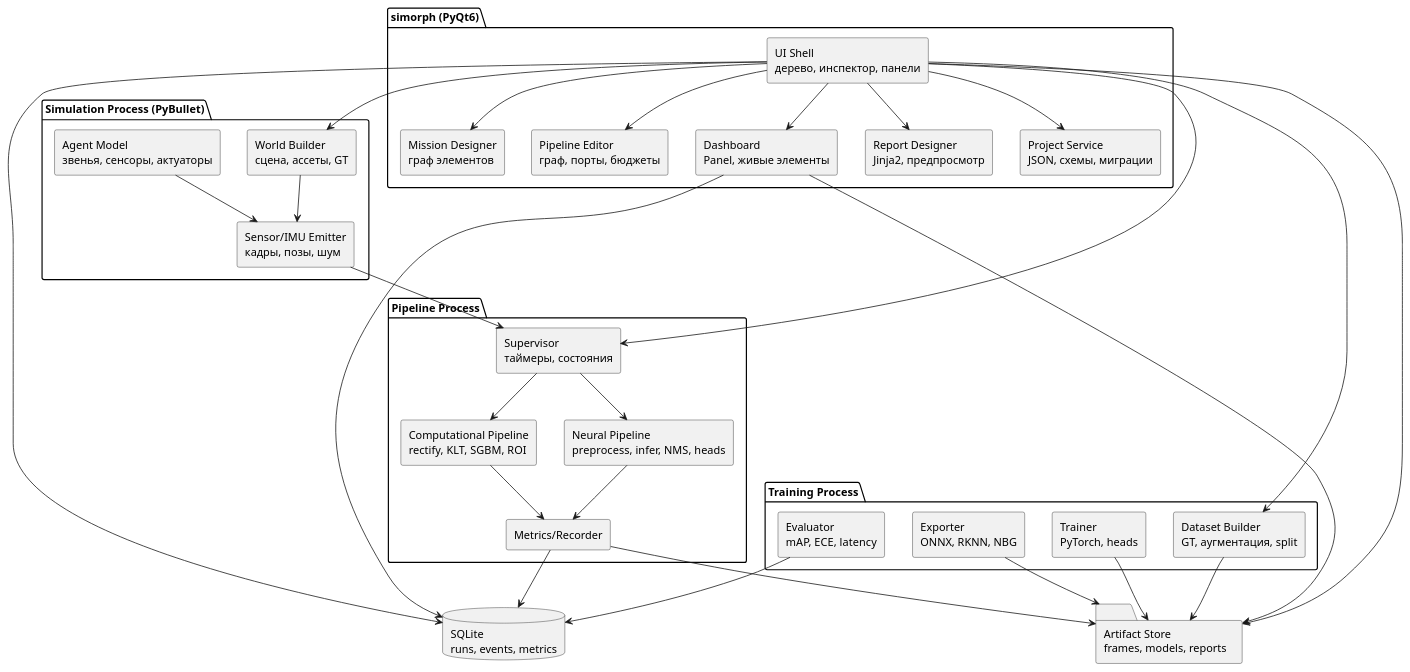
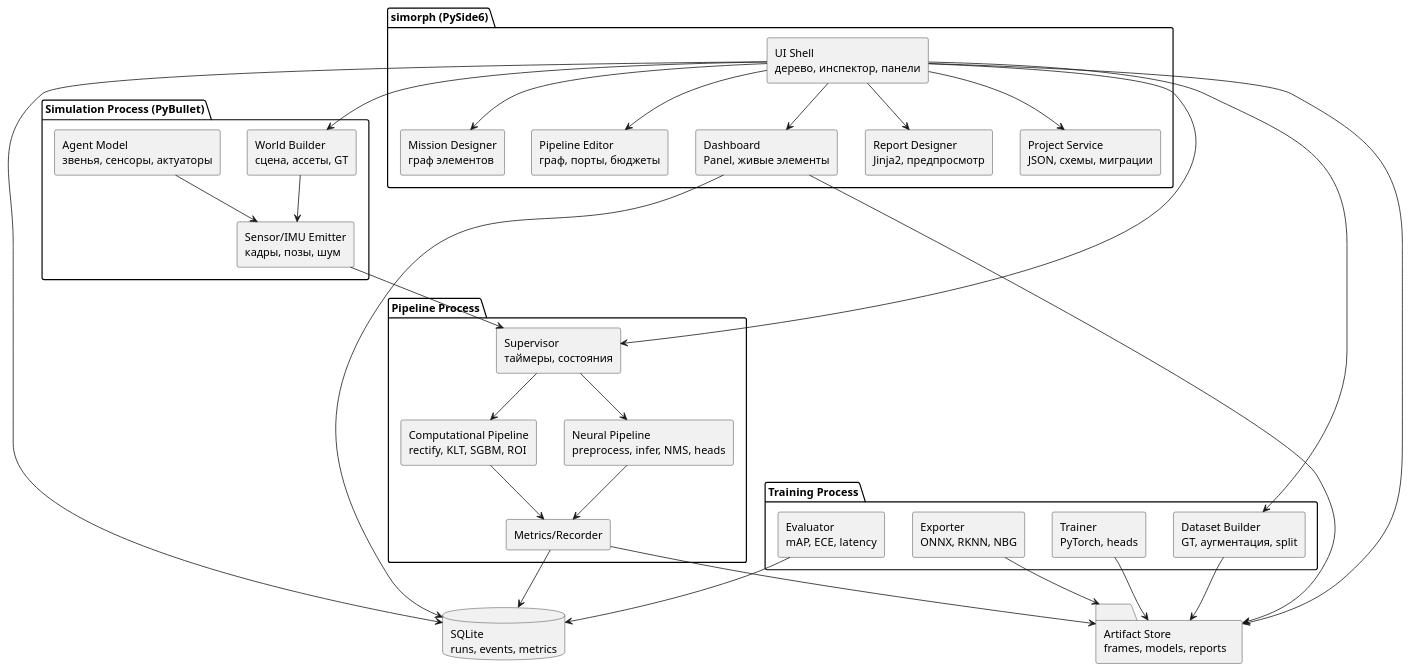
One commit to Rfne/simorph changed the first of 2 diagrams in docs/TRD-v1.0.md. Above: the diagram before and after it, drawn with PlantUML. The commit also changed other lines of this file and 15 other files, not shown here.

````diff
--- a/docs/TRD-v1.0.md
+++ b/docs/TRD-v1.0.md
@@ -242,64 +249,64 @@
 ```plantuml
 @startuml
 skinparam componentStyle rectangle
 
-package "simorph (PyQt6)" {
+package "simorph (PySide6)" {
   [UI Shell\nдерево, инспектор, панели] as UI
   [Project Service\nJSON, схемы, миграции] as PRJ
   [Mission Designer\nграф элементов] as MSN
   [Pipeline Editor\nграф, порты, бюджеты] as PIP
   [Dashboard\nPanel, живые элементы] as DSH
   [Report Designer\nJinja2, предпросмотр] as REP
 }
 
 package "Simulation Process (PyBullet)" {
   [World Builder\nсцена, ассеты, GT] as WLD
   [Agent Model\nзвенья, сенсоры, актуаторы] as AGT
   [Sensor/IMU Emitter\nкадры, позы, шум] as SEN
 }
 
 package "Pipeline Process" {
   [Supervisor\nтаймеры, состояния] as SUP
   [Computational Pipeline\nrectify, KLT, SGBM, ROI] as CMP
   [Neural Pipeline\npreprocess, infer, NMS, heads] as NN
   [Metrics/Recorder] as MET
 }
 
 package "Training Process" {
   [Dataset Builder\nGT, аугментация, split] as DS
   [Trainer\nPyTorch, heads] as TRN
   [Evaluator\nmAP, ECE, latency] as EVA
   [Exporter\nONNX, RKNN, NBG] as EXP
 }
 
 database "SQLite\nruns, events, metrics" as DB
 folder "Artifact Store\nframes, models, reports" as FS
 
 UI --> PRJ
 UI --> MSN
 UI --> PIP
 UI --> REP
 UI --> DSH
 UI --> WLD
 UI --> SUP
 UI --> DS
 UI --> DB
 UI --> FS
 DSH --> DB
 DSH --> FS
 
 WLD --> SEN
 AGT --> SEN
 SEN --> SUP
 SUP --> CMP
 SUP --> NN
 CMP --> MET
 NN --> MET
 MET --> DB
 MET --> FS
 DS --> FS
 TRN --> FS
 EVA --> DB
 EXP --> FS
 @enduml
 ```
````
